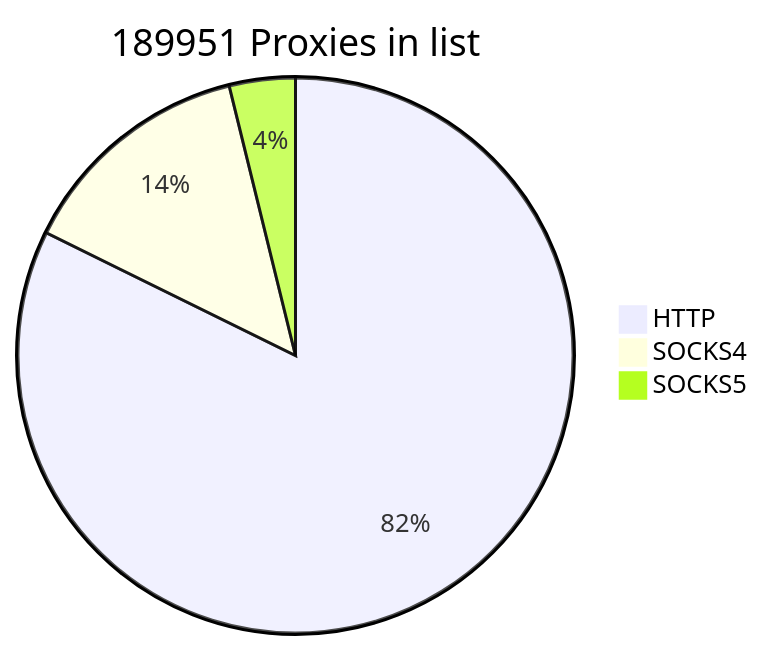
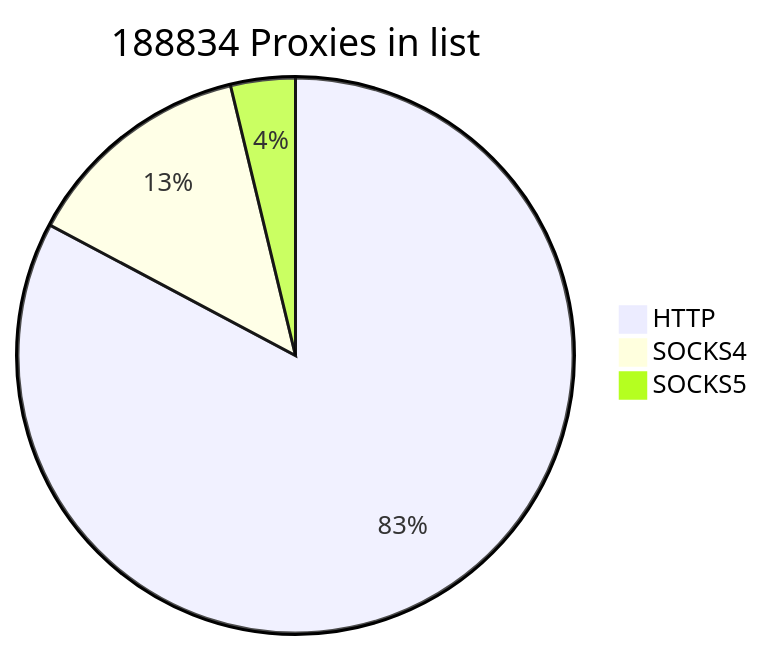
Before and after one commit to cutipu/proxylist: the first of 2 diagrams in README.md, drawn with Mermaid. The commit also changed other lines of this file, not shown here.

````diff
--- a/README.md
+++ b/README.md
@@ -2,7 +2,7 @@
 ```mermaid
-pie title 189951 Proxies in list
-    "HTTP" : 156295
-    "SOCKS4" : 26368
-    "SOCKS5" : 7288
+pie title 188834 Proxies in list
+    "HTTP" : 156300
+    "SOCKS4" : 25433
+    "SOCKS5" : 7101
             
 ```
````
